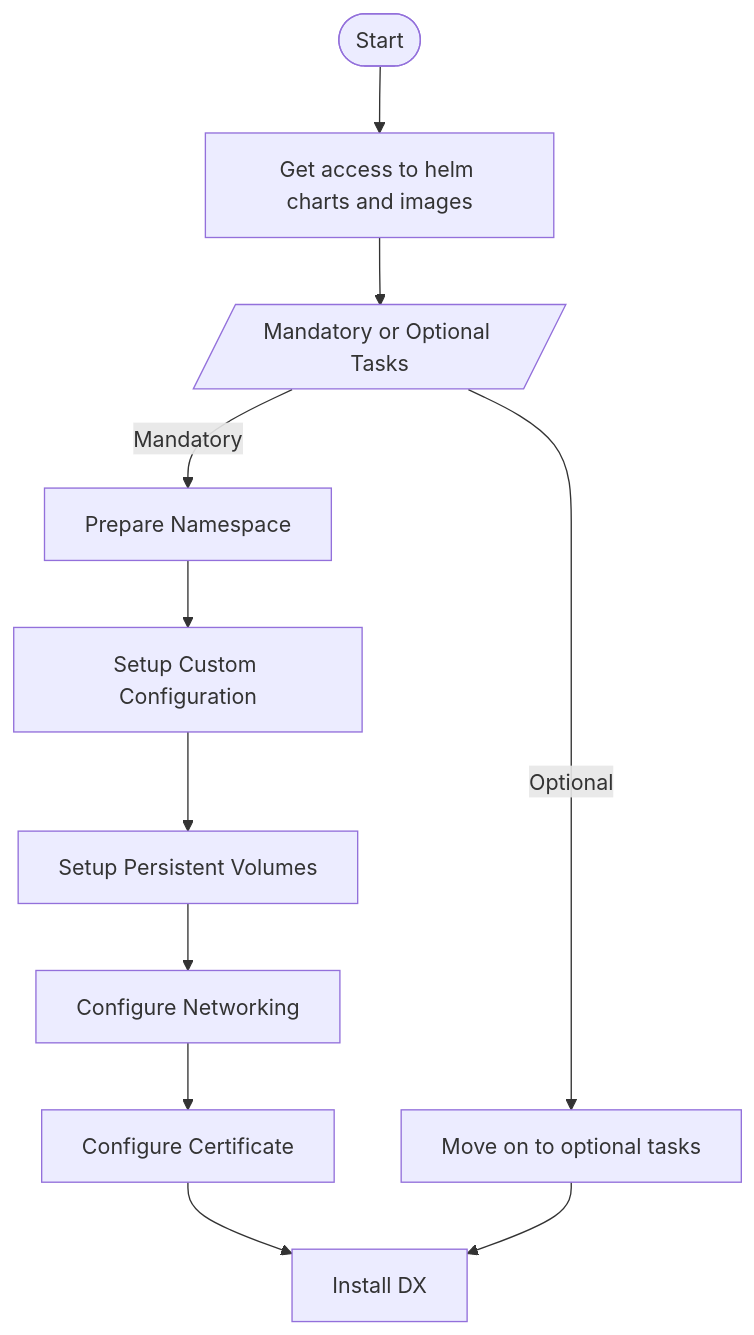
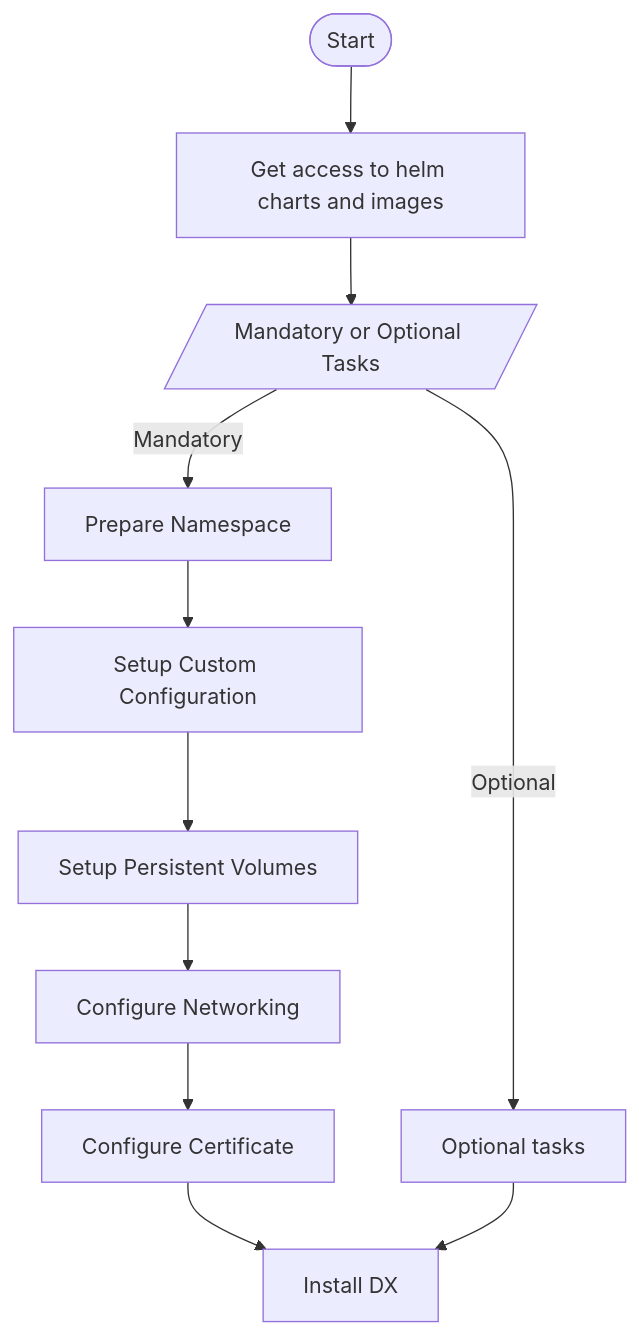
Before and after one commit to HCL-TECH-SOFTWARE/digital-experience: the diagram in docs/deployment/install/container/helm_deployment/overview.md, drawn with Mermaid.

Commit message:
Changed text in diagram

````diff
--- a/docs/deployment/install/container/helm_deployment/overview.md
+++ b/docs/deployment/install/container/helm_deployment/overview.md
@@ -11,40 +11,40 @@
 ``` mermaid
 flowchart TD
   accTitle: Steps in DX Helm installation.
   accDescr: Flowchart showing the mandatory and optional steps in DX Helm installation.
-  
+
   A([Start])
   B[Get access to helm charts and images];
   C[/Mandatory or Optional Tasks/];
   D[Prepare Namespace];
   E[Setup Custom Configuration];
   F[Setup Persistent Volumes];
   G[Configure Networking];
   H[Configure Certificate];
-  I[Move on to optional tasks];
+  I[Optional tasks];
   J[Install DX]
 
   A --> B;
   B --> C;
   C --> |Mandatory| D;
   D --> E;
   E --> F;
   F --> G;
   G --> H;
   H --> J;
   C ----> |Optional| I;
   I --> J;
 
   click D "../preparation/mandatory_tasks/prepare_namespace/"
   click E "../preparation/mandatory_tasks/prepare_configuration/"
   click F "../preparation/mandatory_tasks/prepare_persistent_volume_claims/"
   click G "../preparation/mandatory_tasks/prepare_configure_networking/"
   click H "../preparation/mandatory_tasks/prepare_ingress_certificate/"
   click I "../preparation/optional_tasks/optional_internal_networking/"
   click J "../helm_install_commands/"
 
 
 
 
 
 ``` 
````
